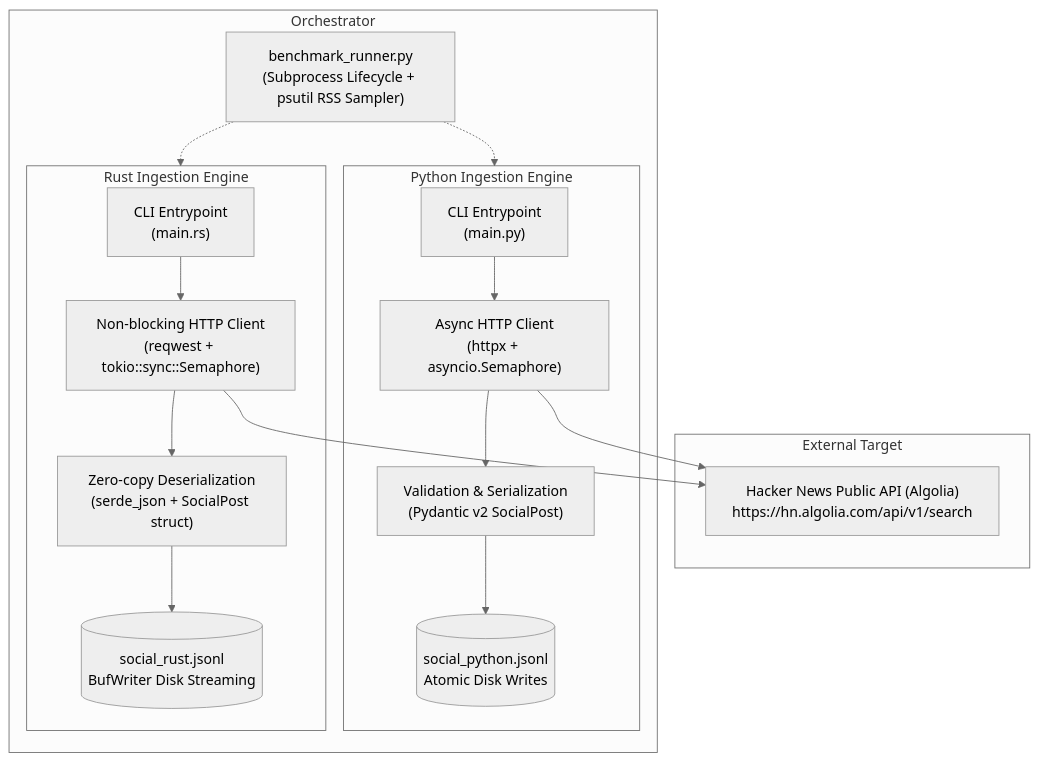
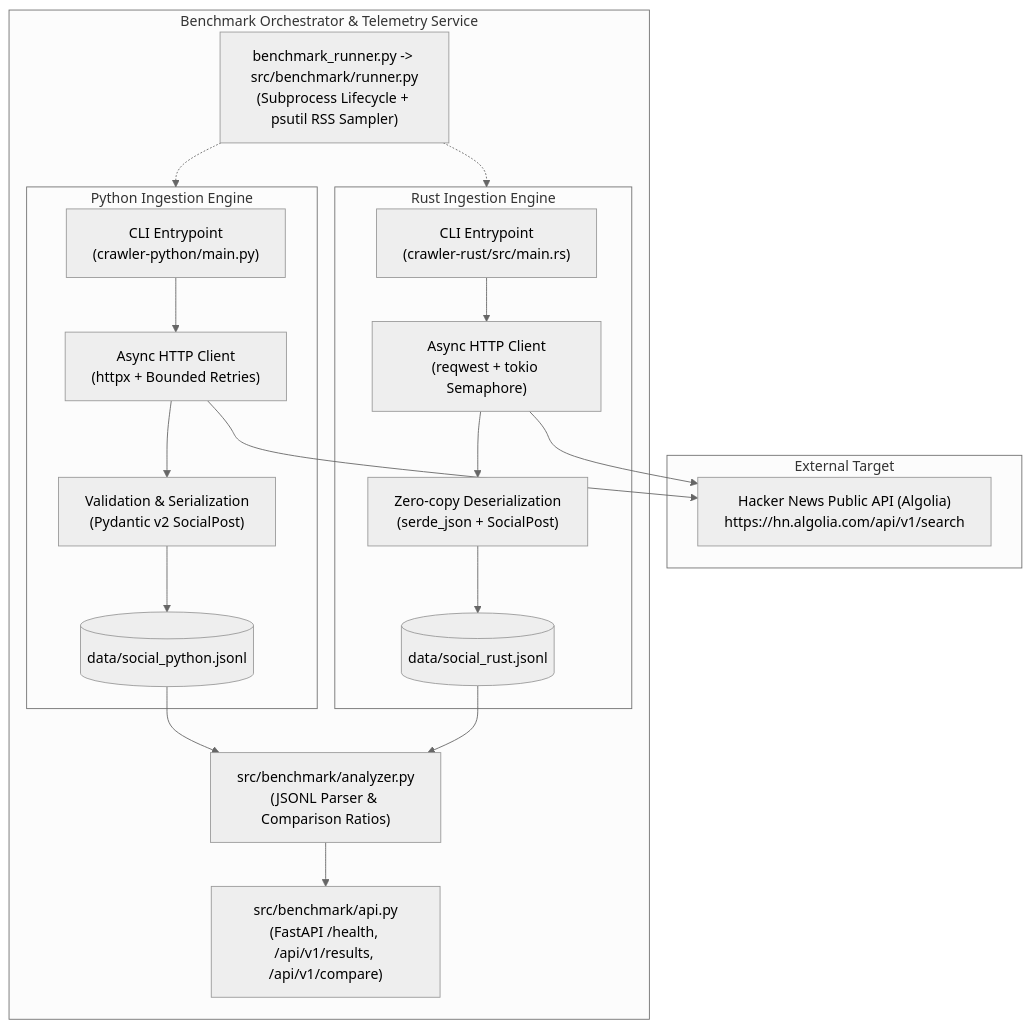
The diagram in README.md (subki72/rust-vs-python-crawler-benchmark), drawn with Mermaid (neutral theme) before and after one commit. The commit also changed other lines of this file and 5 other files, not shown here.

````diff
--- a/README.md
+++ b/README.md
@@ -9,30 +14,35 @@
 ```mermaid
 flowchart TD
     subgraph Data_Source ["External Target"]
         API["Hacker News Public API (Algolia)\nhttps://hn.algolia.com/api/v1/search"]
     end
 
     subgraph Python_Engine ["Python Ingestion Engine"]
-        P_CLI["CLI Entrypoint\n(main.py)"]
-        P_HTTP["Async HTTP Client\n(httpx + asyncio.Semaphore)"]
+        P_CLI["CLI Entrypoint\n(crawler-python/main.py)"]
+        P_HTTP["Async HTTP Client\n(httpx + Bounded Retries)"]
         P_MODEL["Validation & Serialization\n(Pydantic v2 SocialPost)"]
-        P_OUT[("social_python.jsonl\nAtomic Disk Writes")]
+        P_OUT[("data/social_python.jsonl")]
         P_CLI --> P_HTTP --> API
         P_HTTP --> P_MODEL --> P_OUT
     end
 
     subgraph Rust_Engine ["Rust Ingestion Engine"]
-        R_CLI["CLI Entrypoint\n(main.rs)"]
-        R_HTTP["Non-blocking HTTP Client\n(reqwest + tokio::sync::Semaphore)"]
-        R_MODEL["Zero-copy Deserialization\n(serde_json + SocialPost struct)"]
-        R_OUT[("social_rust.jsonl\nBufWriter Disk Streaming")]
+        R_CLI["CLI Entrypoint\n(crawler-rust/src/main.rs)"]
+        R_HTTP["Async HTTP Client\n(reqwest + tokio Semaphore)"]
+        R_MODEL["Zero-copy Deserialization\n(serde_json + SocialPost)"]
+        R_OUT[("data/social_rust.jsonl")]
         R_CLI --> R_HTTP --> API
         R_HTTP --> R_MODEL --> R_OUT
     end
 
-    subgraph Benchmark_Orchestrator ["Orchestrator"]
-        Runner["benchmark_runner.py\n(Subprocess Lifecycle + psutil RSS Sampler)"]
+    subgraph Orchestration_And_API ["Benchmark Orchestrator & Telemetry Service"]
+        Runner["benchmark_runner.py -> src/benchmark/runner.py\n(Subprocess Lifecycle + psutil RSS Sampler)"]
+        Analyzer["src/benchmark/analyzer.py\n(JSONL Parser & Comparison Ratios)"]
+        API_SVC["src/benchmark/api.py\n(FastAPI /health, /api/v1/results, /api/v1/compare)"]
         Runner -.-> Python_Engine
         Runner -.-> Rust_Engine
+        Analyzer --> API_SVC
+        P_OUT --> Analyzer
+        R_OUT --> Analyzer
     end
 ```
````
